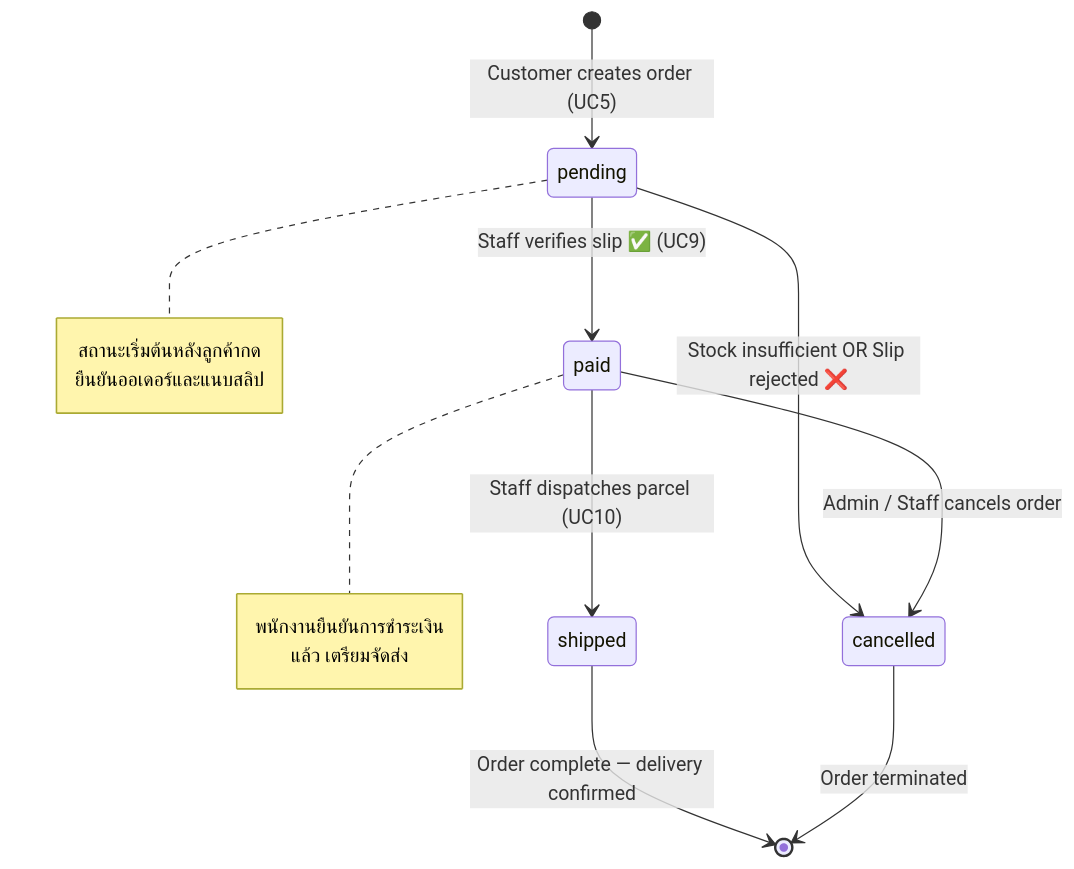
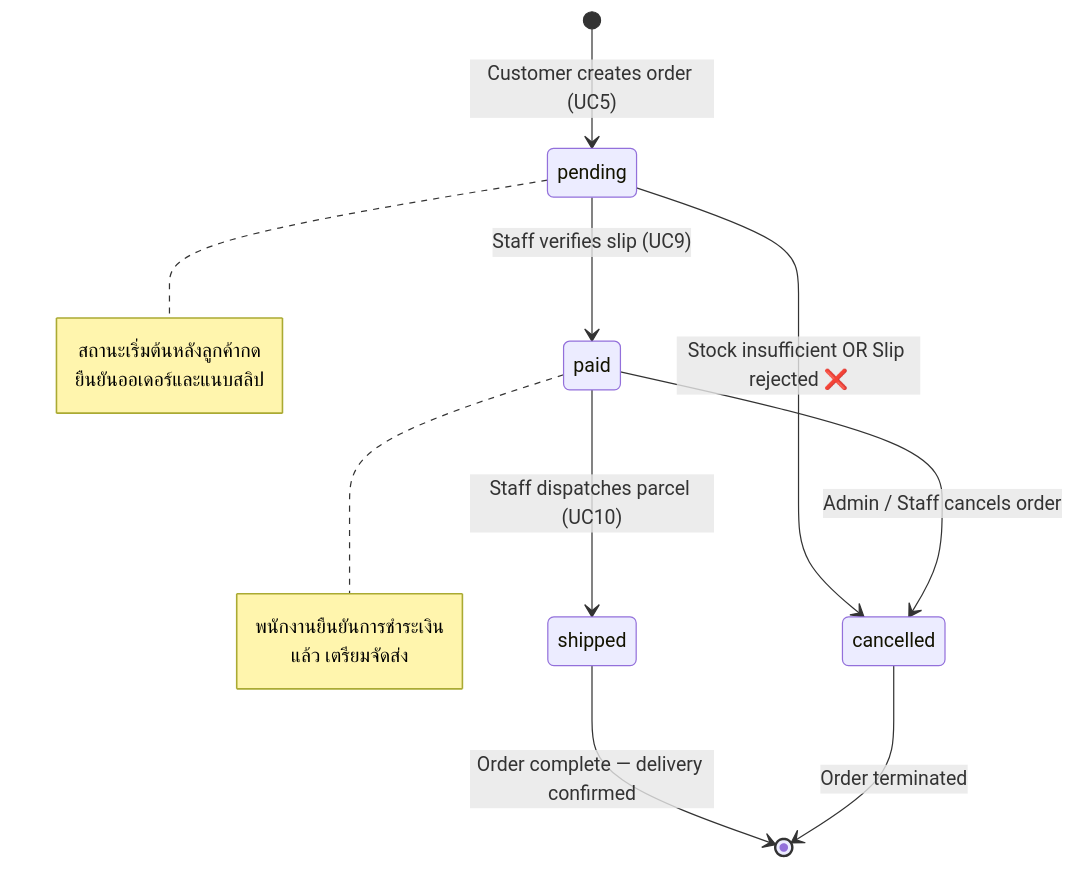
One commit to SupvichSpuGM/online-bookstore changed diagram 13 of 15 in diagram/Diagram.md. Above: the diagram before and after it, drawn with Mermaid. The commit also changed other lines of this file and 1 other file, not shown here.

````diff
--- a/diagram/Diagram.md
+++ b/diagram/Diagram.md
@@ -736,19 +749,19 @@
 ```mermaid
 stateDiagram-v2
-    [*] --> pending : Customer creates order (UC5)
-    pending --> paid : Staff verifies slip ✅ (UC9)
-    pending --> cancelled : Stock insufficient OR Slip rejected ❌
-    paid --> shipped : Staff dispatches parcel (UC10)
-    paid --> cancelled : Admin / Staff cancels order
-    shipped --> [*] : Order complete — delivery confirmed
-    cancelled --> [*] : Order terminated
+  [*] --> pending : Customer creates order (UC5)
+  pending --> paid : Staff verifies slip (UC9)
+  pending --> cancelled : Stock insufficient OR Slip rejected ❌
+  paid --> shipped : Staff dispatches parcel (UC10)
+  paid --> cancelled : Admin / Staff cancels order
+  shipped --> [*] : Order complete — delivery confirmed
+  cancelled --> [*] : Order terminated
 
-    note right of pending
-        สถานะเริ่มต้นหลังลูกค้ากด
-        ยืนยันออเดอร์และแนบสลิป
-    end note
-    note right of paid
-        พนักงานยืนยันการชำระเงิน
-        แล้ว เตรียมจัดส่ง
-    end note
+  note right of pending
+    สถานะเริ่มต้นหลังลูกค้ากด
+    ยืนยันออเดอร์และแนบสลิป
+  end note
+  note right of paid
+    พนักงานยืนยันการชำระเงิน
+    แล้ว เตรียมจัดส่ง
+  end note
 ```
````
